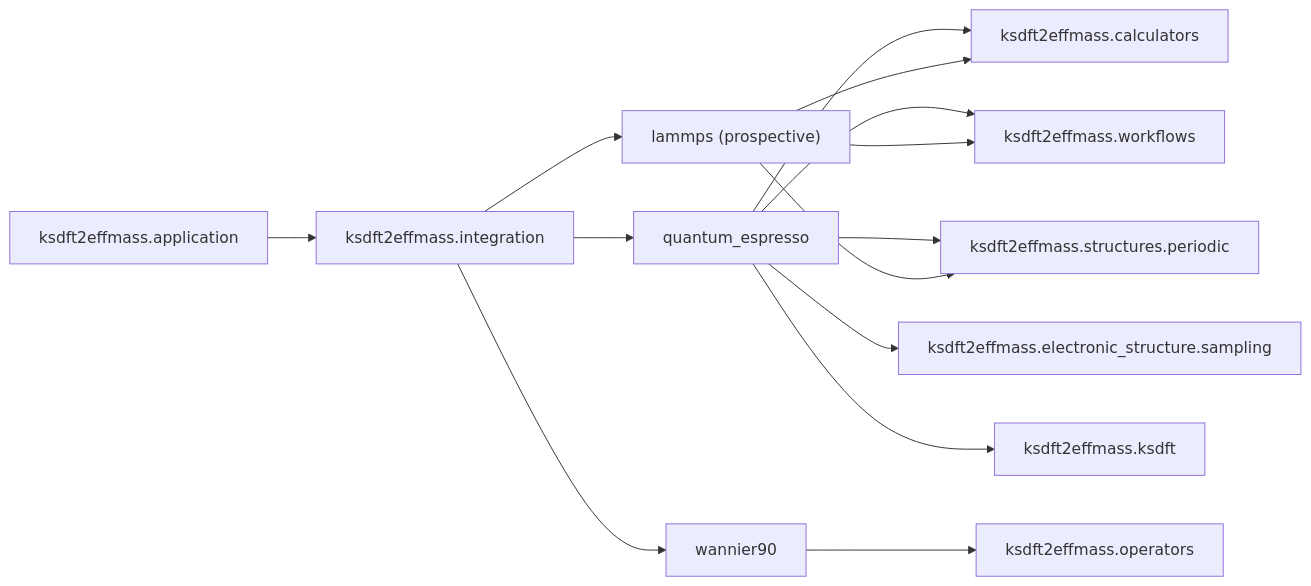
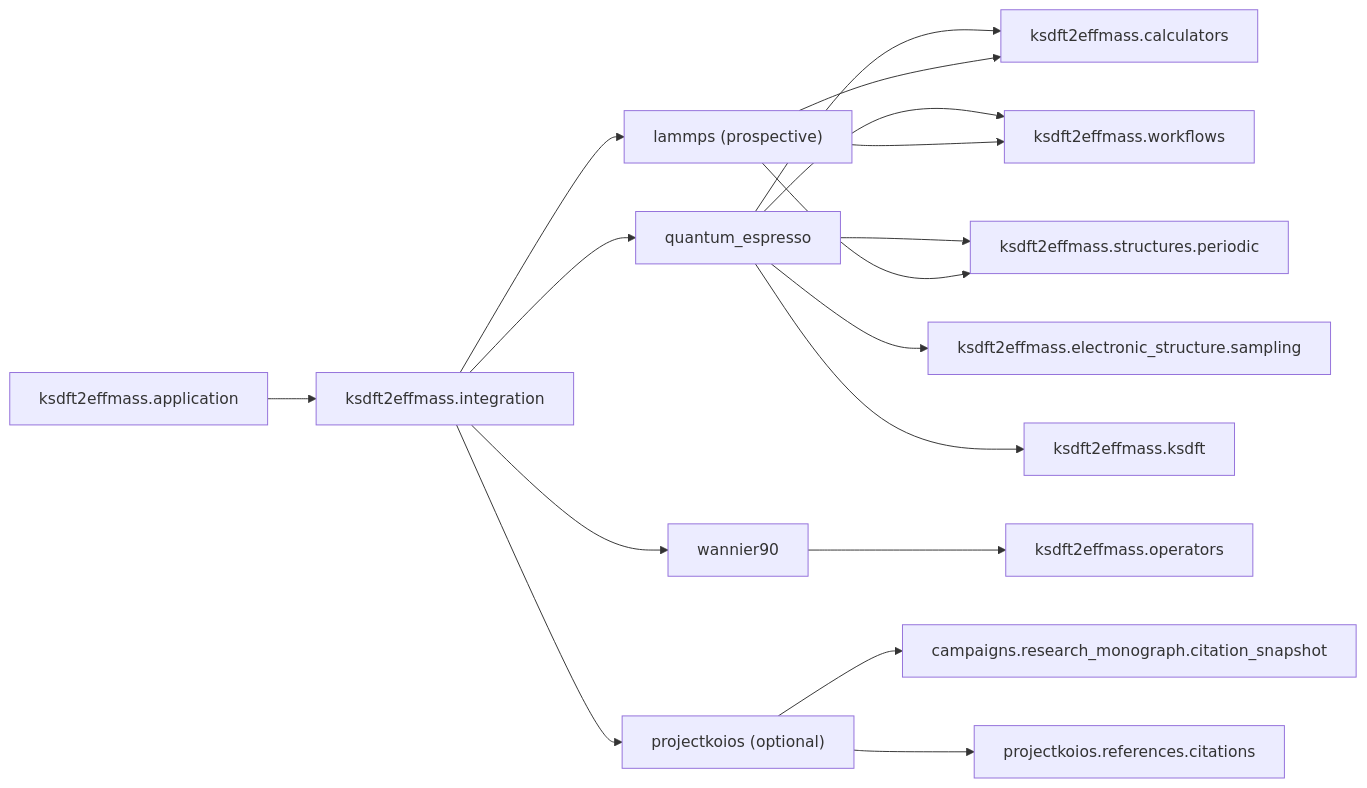
The diagram in docs/architecture/v2/ksdft2effmass/integration/index.md (eragasa/ksdft2effmass), drawn with Mermaid before and after one commit. The commit also changed other lines of this file and 20 other files, not shown here.

````diff
--- a/docs/architecture/v2/ksdft2effmass/integration/index.md
+++ b/docs/architecture/v2/ksdft2effmass/integration/index.md
@@ -14,16 +17,19 @@
 ```mermaid
 flowchart LR
     app["ksdft2effmass.application"] --> integration["ksdft2effmass.integration"]
     integration --> qe["quantum_espresso"]
     integration --> wannier90["wannier90"]
+    integration --> projectkoios["projectkoios (optional)"]
     integration --> lammps["lammps (prospective)"]
     qe --> calculators["ksdft2effmass.calculators"]
     qe --> workflows["ksdft2effmass.workflows"]
     qe --> structures["ksdft2effmass.structures.periodic"]
     qe --> sampling["ksdft2effmass.electronic_structure.sampling"]
     qe --> ksdft["ksdft2effmass.ksdft"]
     wannier90 --> operators["ksdft2effmass.operators"]
+    projectkoios --> citations["campaigns.research_monograph.citation_snapshot"]
+    projectkoios --> references["projectkoios.references.citations"]
     lammps --> calculators
     lammps --> workflows
     lammps --> structures
 ```
````
